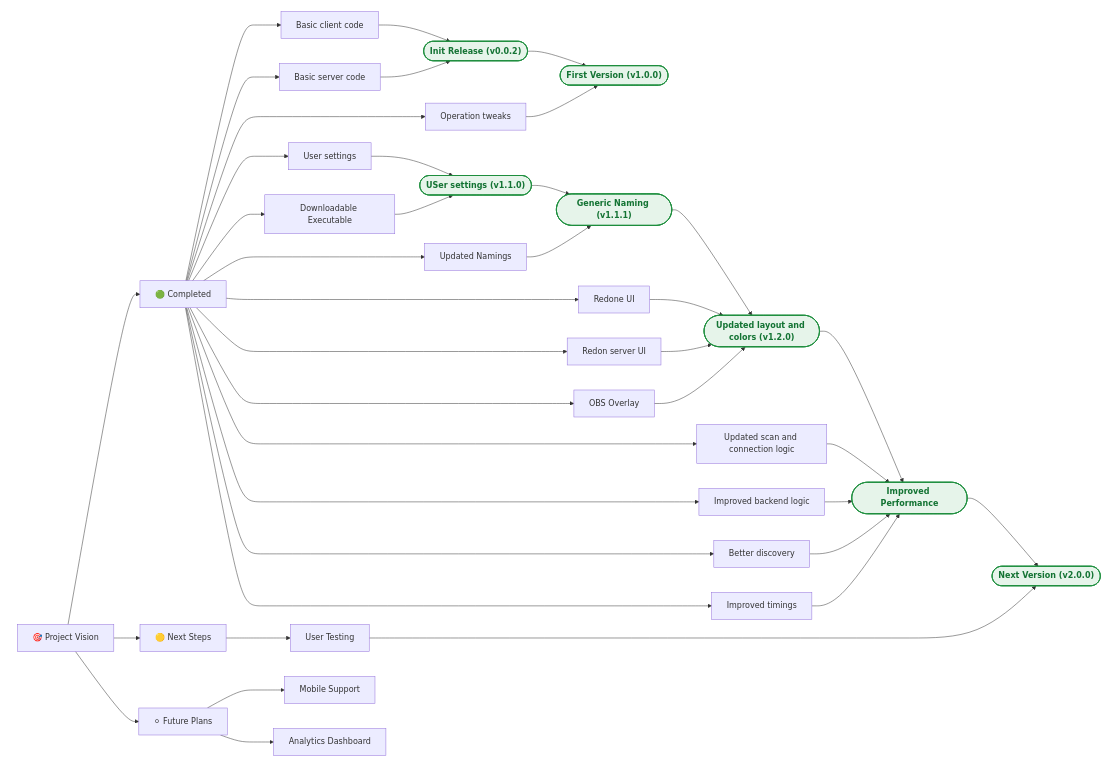
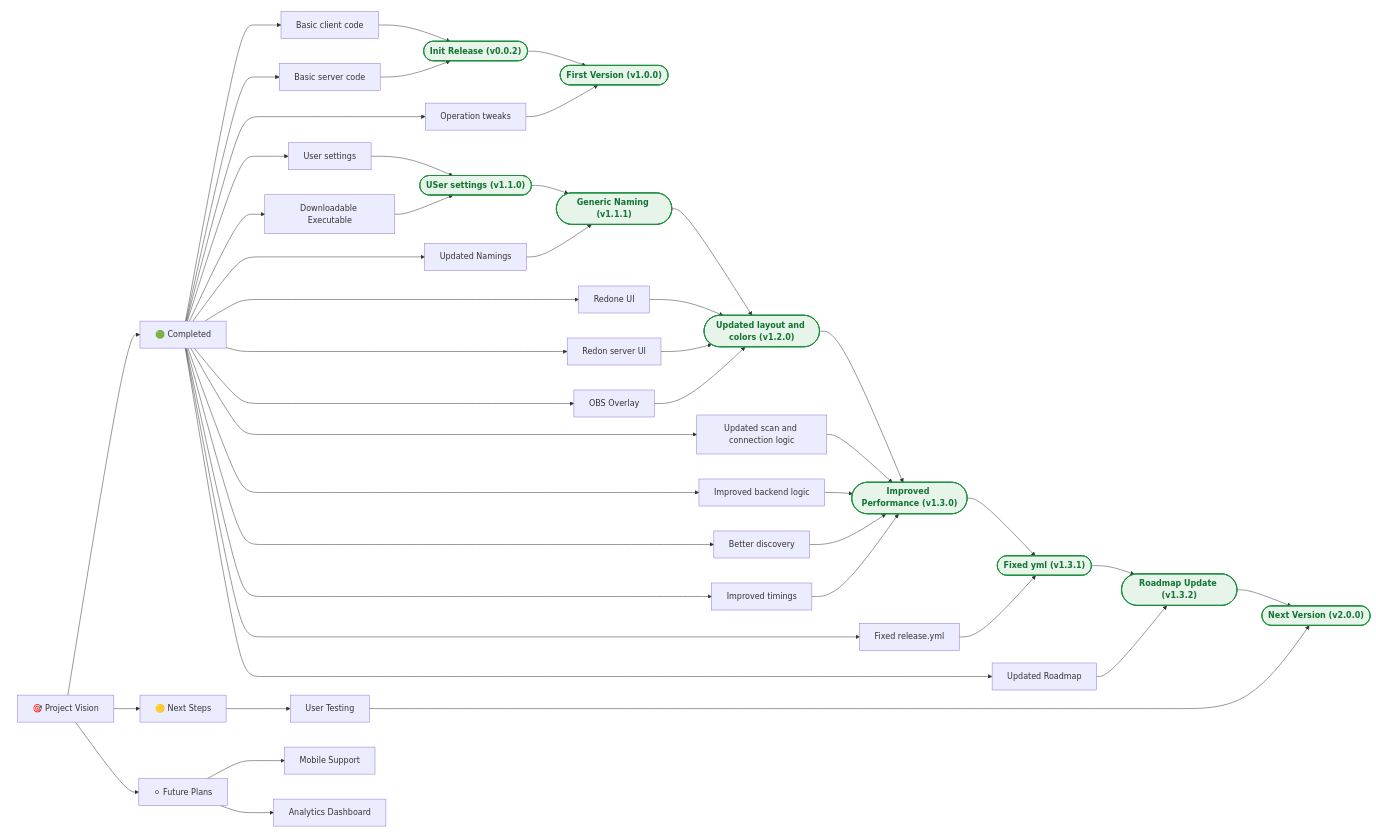
One commit to astrodylan/heartrate_monitor_ble changed the diagram in docs/ROADMAP.md. Above: the diagram before and after it, drawn with Mermaid.

Commit message:
updated roadmap

````diff
--- a/docs/ROADMAP.md
+++ b/docs/ROADMAP.md
@@ -8,53 +8,59 @@
 ```mermaid
 graph LR
     Root["🎯 Project Vision"]
     
     subgraph helper1[" "]
         Root --> Completed["🟢 Completed"]
         Root --> Next["🟡 Next Steps"]
         Root --> Future["⚪ Future Plans"]
     end
 
     %% Completed Plans
     Completed --> comp1["Basic client code"]
     Completed --> comp2["Basic server code"]
     comp1 & comp2 --> M1(["Init Release (v0.0.2)"]):::doneMilestone
 
     Completed --> comp3["Operation tweaks"]
     M1 & comp3 --> M2(["First Version (v1.0.0)"]):::doneMilestone
 
     Completed --> comp4["User settings"]
     Completed --> comp5["Downloadable Executable"]
     comp4 & comp5 --> M3(["USer settings (v1.1.0)"]):::doneMilestone
 
     Completed --> comp6["Updated Namings"]
     M3 & comp6 --> M4(["Generic Naming (v1.1.1)"]):::doneMilestone
 
     Completed --> comp7["Redone UI"]
     Completed --> comp8["Redon server UI"]
     Completed --> comp9["OBS Overlay"]
     M4 & comp7 & comp8 & comp9 --> M5(["Updated layout and colors (v1.2.0)"]):::doneMilestone
 
     Completed --> comp10["Updated scan and connection logic"]
     Completed --> comp11["Improved backend logic"]
     Completed --> comp12["Better discovery"]
     Completed --> comp13["Improved timings"]
-    M5 & comp10 & comp11 & comp12 & comp13 --> M6(["Improved Performance"]):::doneMilestone
+    M5 & comp10 & comp11 & comp12 & comp13 --> M6(["Improved Performance (v1.3.0)"]):::doneMilestone
+
+    Completed --> comp14["Fixed release.yml"]
+    M6 & comp14 --> M7(["Fixed yml (v1.3.1)"]):::doneMilestone
+
+    Completed --> comp15["Updated Roadmap"]
+    M7 & comp15 --> M8(["Roadmap Update (v1.3.2)"]):::doneMilestone
 
 
     %% Next branch
     Next --> next1["User Testing"]
-    M6 & next1 --> M200(["Next Version (v2.0.0)"]):::doneMilestone
+    M8 & next1 --> M200(["Next Version (v2.0.0)"]):::doneMilestone
 
     %% Future Plans branch
     Future --> future1["Mobile Support"]
     Future --> future2["Analytics Dashboard"]
 
     %% Hide the subgraph outline, background, and text
     style helper1 fill:none,stroke:none,color:transparent
 
     %% Milestone Styles
     classDef doneMilestone fill:#e6f4ea,stroke:#1e8e3e,stroke-width:2px,color:#137333,font-weight:bold
     classDef nextMilestone fill:#fef7e0,stroke:#f9ab00,stroke-width:3px,color:#b06000,font-weight:bold
     classDef futureMilestone fill:#e8f0fe,stroke:#1a73e8,stroke-width:3px,color:#174ea6,font-weight:bold
 ```
````
